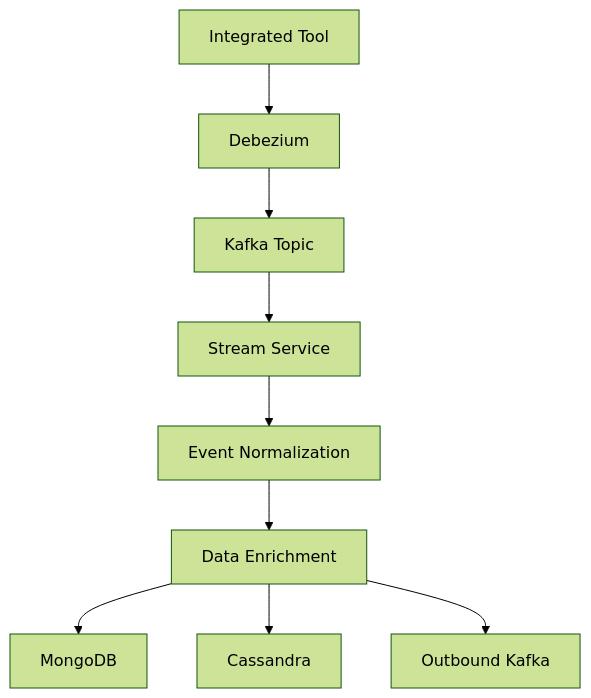
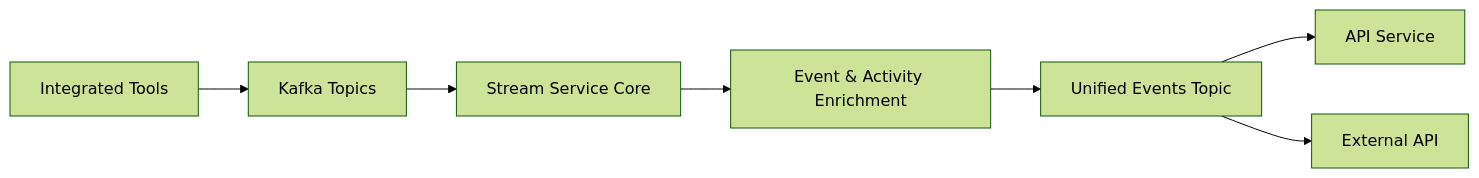
One commit to Praesto-Pro/openframe-oss-tenant changed the third of 5 diagrams in docs/architecture/README.md. Above: the diagram before and after it, drawn with Mermaid (forest theme). The commit also changed other lines of this file and 149 other files, not shown here.

````diff
--- a/docs/architecture/README.md
+++ b/docs/architecture/README.md
@@ -116,12 +109,11 @@
 ```mermaid
-flowchart TD
-    Tool["Integrated Tool"] --> Debezium["Debezium"]
-    Debezium --> Kafka["Kafka Topic"]
-    Kafka --> Stream["Stream Service"]
+flowchart LR
+    Tools["Integrated Tools"] --> Kafka["Kafka Topics"]
 
-    Stream --> Normalize["Event Normalization"]
-    Normalize --> Enrich["Data Enrichment"]
-    Enrich --> Mongo["MongoDB"]
-    Enrich --> Cassandra["Cassandra"]
-    Enrich --> KafkaOut["Outbound Kafka"]
+    Kafka --> Stream["Stream Service Core"]
+    Stream --> Enrichment["Event & Activity Enrichment"]
+    Enrichment --> Unified["Unified Events Topic"]
+
+    Unified --> API["API Service"]
+    Unified --> ExternalAPI["External API"]
 ```
````
